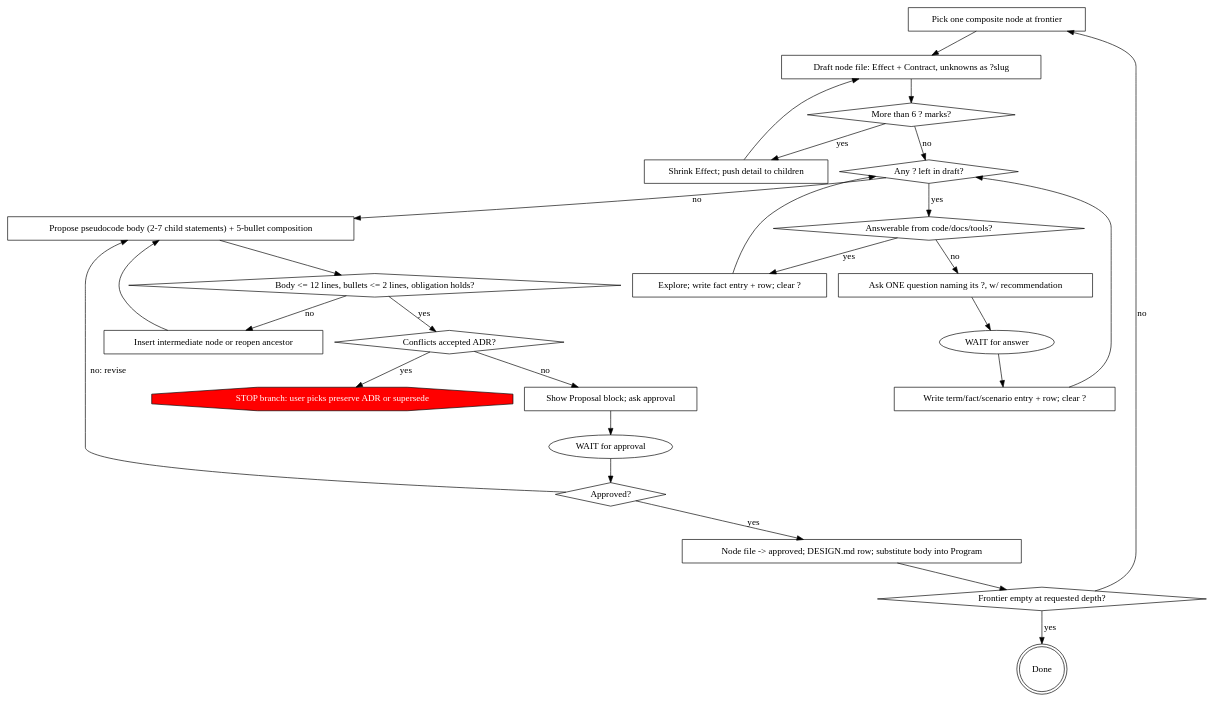
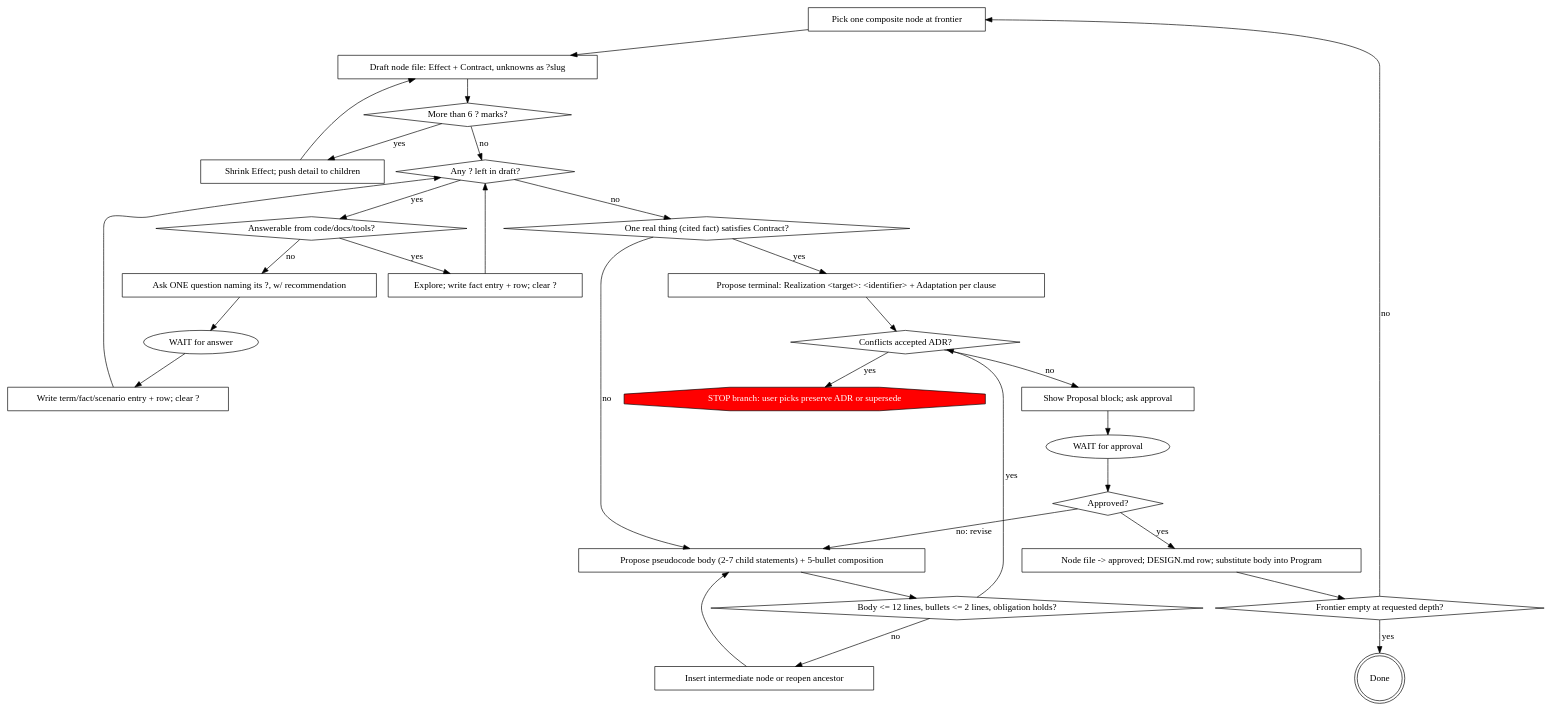
One commit to HollandDM/my-skills changed the diagram in constructing-software-stepwise/skills/constructing-software-stepwise/SKILL.md. Above: the diagram before and after it, drawn with Graphviz. The commit also changed other lines of this file and 1 other file, not shown here.

First line of the commit message:
feat(constructing-software-stepwise): terminal test before every body

````diff
--- a/constructing-software-stepwise/skills/constructing-software-stepwise/SKILL.md
+++ b/constructing-software-stepwise/skills/constructing-software-stepwise/SKILL.md
@@ -73,52 +74,57 @@
 ```dot
 digraph refine {
     "Pick one composite node at frontier" [shape=box];
     "Draft node file: Effect + Contract, unknowns as ?slug" [shape=box];
     "More than 6 ? marks?" [shape=diamond];
     "Shrink Effect; push detail to children" [shape=box];
     "Any ? left in draft?" [shape=diamond];
     "Answerable from code/docs/tools?" [shape=diamond];
     "Explore; write fact entry + row; clear ?" [shape=box];
     "Ask ONE question naming its ?, w/ recommendation" [shape=box];
     "WAIT for answer" [shape=ellipse];
     "Write term/fact/scenario entry + row; clear ?" [shape=box];
+    "One real thing (cited fact) satisfies Contract?" [shape=diamond];
+    "Propose terminal: Realization <target>: <identifier> + Adaptation per clause" [shape=box];
     "Propose pseudocode body (2-7 child statements) + 5-bullet composition" [shape=box];
     "Body <= 12 lines, bullets <= 2 lines, obligation holds?" [shape=diamond];
     "Insert intermediate node or reopen ancestor" [shape=box];
     "Conflicts accepted ADR?" [shape=diamond];
     "STOP branch: user picks preserve ADR or supersede" [shape=octagon, style=filled, fillcolor=red, fontcolor=white];
     "Show Proposal block; ask approval" [shape=box];
     "WAIT for approval" [shape=ellipse];
     "Approved?" [shape=diamond];
     "Node file -> approved; DESIGN.md row; substitute body into Program" [shape=box];
     "Frontier empty at requested depth?" [shape=diamond];
     "Done" [shape=doublecircle];
 
     "Pick one composite node at frontier" -> "Draft node file: Effect + Contract, unknowns as ?slug";
     "Draft node file: Effect + Contract, unknowns as ?slug" -> "More than 6 ? marks?";
     "More than 6 ? marks?" -> "Shrink Effect; push detail to children" [label="yes"];
     "Shrink Effect; push detail to children" -> "Draft node file: Effect + Contract, unknowns as ?slug";
     "More than 6 ? marks?" -> "Any ? left in draft?" [label="no"];
     "Any ? left in draft?" -> "Answerable from code/docs/tools?" [label="yes"];
     "Answerable from code/docs/tools?" -> "Explore; write fact entry + row; clear ?" [label="yes"];
     "Explore; write fact entry + row; clear ?" -> "Any ? left in draft?";
     "Answerable from code/docs/tools?" -> "Ask ONE question naming its ?, w/ recommendation" [label="no"];
     "Ask ONE question naming its ?, w/ recommendation" -> "WAIT for answer";
     "WAIT for answer" -> "Write term/fact/scenario entry + row; clear ?";
     "Write term/fact/scenario entry + row; clear ?" -> "Any ? left in draft?";
-    "Any ? left in draft?" -> "Propose pseudocode body (2-7 child statements) + 5-bullet composition" [label="no"];
+    "Any ? left in draft?" -> "One real thing (cited fact) satisfies Contract?" [label="no"];
+    "One real thing (cited fact) satisfies Contract?" -> "Propose terminal: Realization <target>: <identifier> + Adaptation per clause" [label="yes"];
+    "Propose terminal: Realization <target>: <identifier> + Adaptation per clause" -> "Conflicts accepted ADR?";
+    "One real thing (cited fact) satisfies Contract?" -> "Propose pseudocode body (2-7 child statements) + 5-bullet composition" [label="no"];
     "Propose pseudocode body (2-7 child statements) + 5-bullet composition" -> "Body <= 12 lines, bullets <= 2 lines, obligation holds?";
     "Body <= 12 lines, bullets <= 2 lines, obligation holds?" -> "Insert intermediate node or reopen ancestor" [label="no"];
     "Insert intermediate node or reopen ancestor" -> "Propose pseudocode body (2-7 child statements) + 5-bullet composition";
     "Body <= 12 lines, bullets <= 2 lines, obligation holds?" -> "Conflicts accepted ADR?" [label="yes"];
     "Conflicts accepted ADR?" -> "STOP branch: user picks preserve ADR or supersede" [label="yes"];
     "Conflicts accepted ADR?" -> "Show Proposal block; ask approval" [label="no"];
     "Show Proposal block; ask approval" -> "WAIT for approval";
     "WAIT for approval" -> "Approved?";
     "Approved?" -> "Propose pseudocode body (2-7 child statements) + 5-bullet composition" [label="no: revise"];
     "Approved?" -> "Node file -> approved; DESIGN.md row; substitute body into Program" [label="yes"];
     "Node file -> approved; DESIGN.md row; substitute body into Program" -> "Frontier empty at requested depth?";
     "Frontier empty at requested depth?" -> "Done" [label="yes"];
     "Frontier empty at requested depth?" -> "Pick one composite node at frontier" [label="no"];
 }
 ```
````
